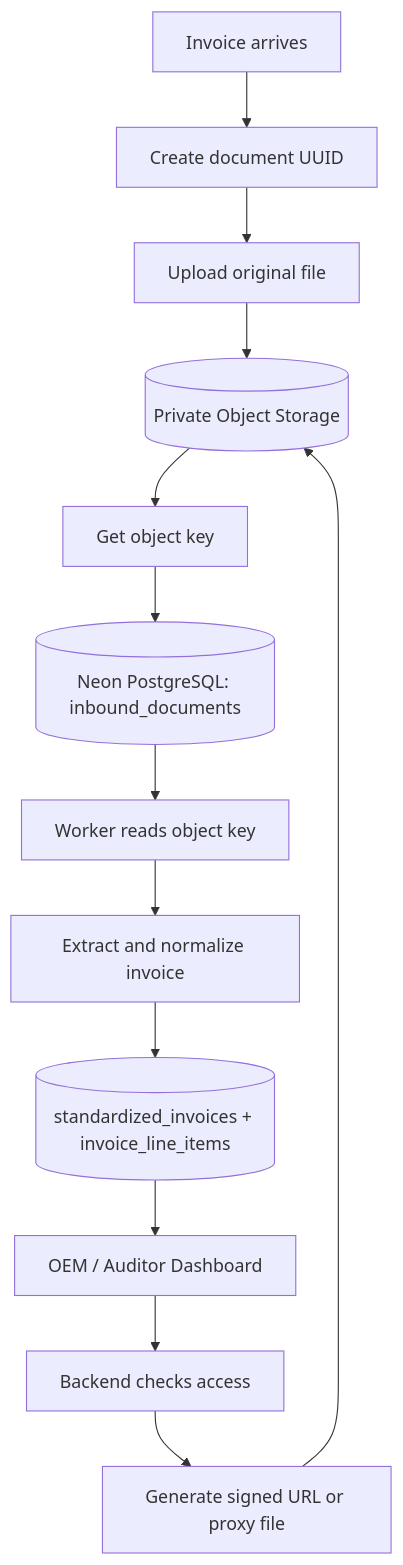
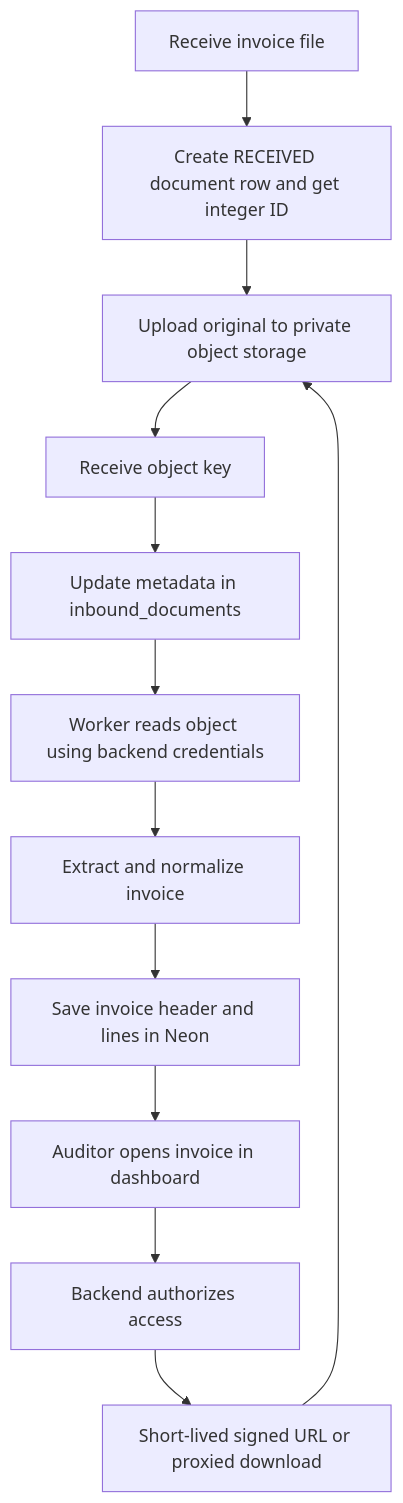
The third of 3 diagrams in docs/architecture/OneDMS_Database_Design.md (vasu1303/OneDMS), drawn with Mermaid before and after one commit. The commit also changed other lines of this file and 7 other files, not shown here.

First line of the commit message:
feat: Implement database setup script for legacy schema conversion and final schema application

````diff
--- a/docs/architecture/OneDMS_Database_Design.md
+++ b/docs/architecture/OneDMS_Database_Design.md
@@ -301,15 +345,14 @@
 ```mermaid
 flowchart TD
-    A["Invoice arrives"] --> B["Create document UUID"]
-    B --> C["Upload original file"]
-    C --> D[("Private Object Storage")]
-    D --> E["Get object key"]
-    E --> F[("Neon PostgreSQL: inbound_documents")]
-    F --> G["Worker reads object key"]
-    G --> H["Extract and normalize invoice"]
-    H --> I[("standardized_invoices + invoice_line_items")]
-    I --> J["OEM / Auditor Dashboard"]
-    J --> K["Backend checks access"]
-    K --> L["Generate signed URL or proxy file"]
-    L --> D
+    A["Receive invoice file"] --> B["Create RECEIVED document row and get integer ID"]
+    B --> C["Upload original to private object storage"]
+    C --> D["Receive object key"]
+    D --> E["Update metadata in inbound_documents"]
+    E --> F["Worker reads object using backend credentials"]
+    F --> G["Extract and normalize invoice"]
+    G --> H["Save invoice header and lines in Neon"]
+    H --> I["Auditor opens invoice in dashboard"]
+    I --> J["Backend authorizes access"]
+    J --> K["Short-lived signed URL or proxied download"]
+    K --> C
 ```
````
